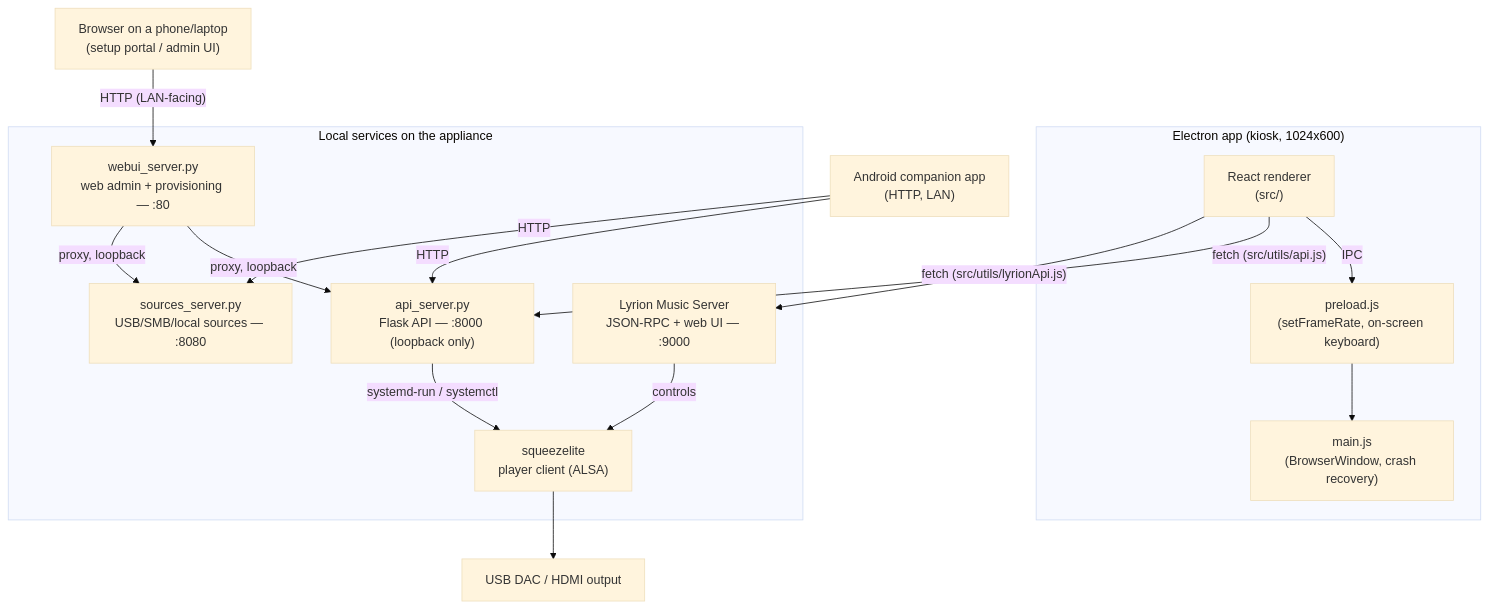
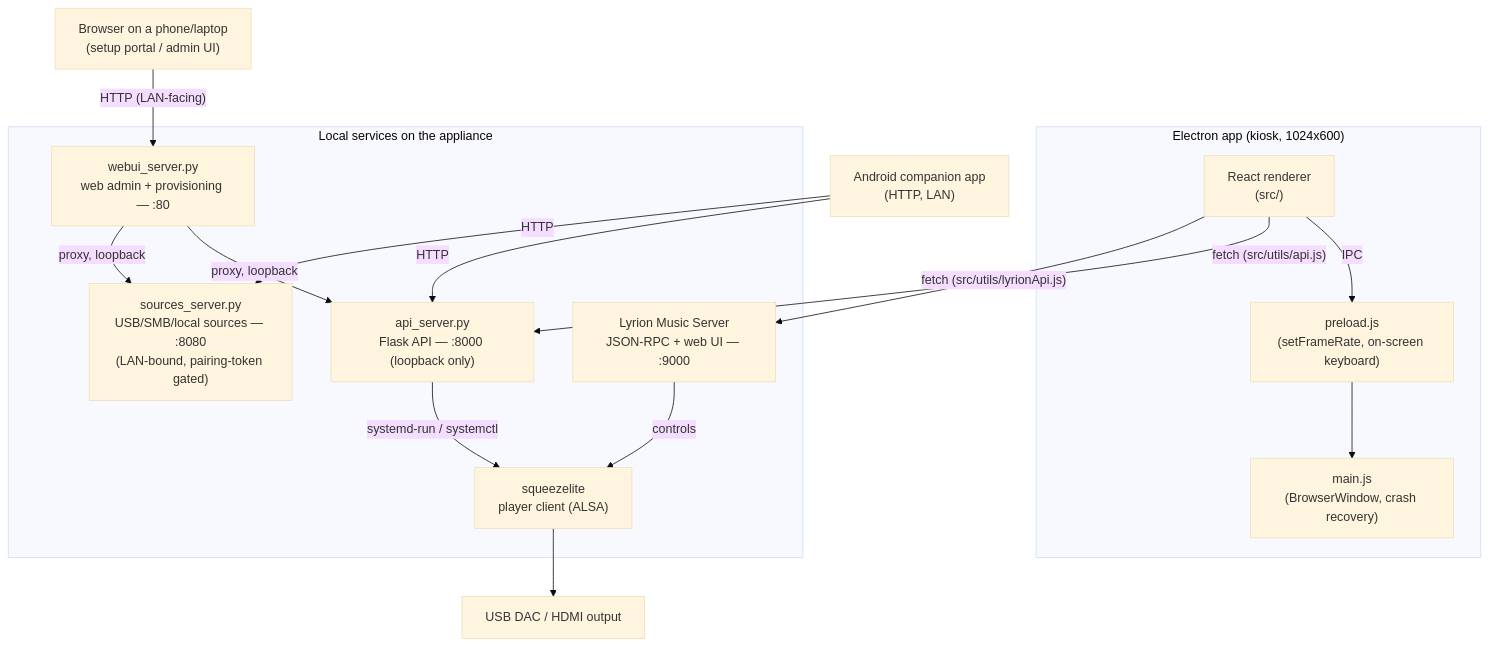
The diagram in ARCHITECTURE.md (adri6412/osmium-sound), drawn with Mermaid (base theme) before and after one commit. The commit also changed other lines of this file, not shown here.

````diff
--- a/ARCHITECTURE.md
+++ b/ARCHITECTURE.md
@@ -9,33 +9,33 @@
 ```mermaid
 flowchart TB
     subgraph UI["Electron app (kiosk, 1024x600)"]
         Renderer["React renderer\n(src/)"]
         Preload["preload.js\n(setFrameRate, on-screen keyboard)"]
         Main["main.js\n(BrowserWindow, crash recovery)"]
     end
 
     subgraph Local["Local services on the appliance"]
         Flask["api_server.py\nFlask API — :8000 (loopback only)"]
-        Sources["sources_server.py\nUSB/SMB/local sources — :8080"]
+        Sources["sources_server.py\nUSB/SMB/local sources — :8080\n(LAN-bound, pairing-token gated)"]
         WebUI["webui_server.py\nweb admin + provisioning — :80"]
         Lyrion["Lyrion Music Server\nJSON-RPC + web UI — :9000"]
         Squeezelite["squeezelite\nplayer client (ALSA)"]
     end
 
     DAC["USB DAC / HDMI output"]
     Phone["Android companion app\n(HTTP, LAN)"]
     Browser["Browser on a phone/laptop\n(setup portal / admin UI)"]
 
     Renderer -- IPC --> Preload
     Preload --> Main
     Renderer -- "fetch (src/utils/api.js)" --> Flask
     Renderer -- "fetch (src/utils/lyrionApi.js)" --> Lyrion
     Flask -- systemd-run / systemctl --> Squeezelite
     Lyrion -- controls --> Squeezelite
     Squeezelite --> DAC
     Phone -- HTTP --> Flask
     Phone -- HTTP --> Sources
     Browser -- "HTTP (LAN-facing)" --> WebUI
     WebUI -- "proxy, loopback" --> Flask
     WebUI -- "proxy, loopback" --> Sources
 ```
````
